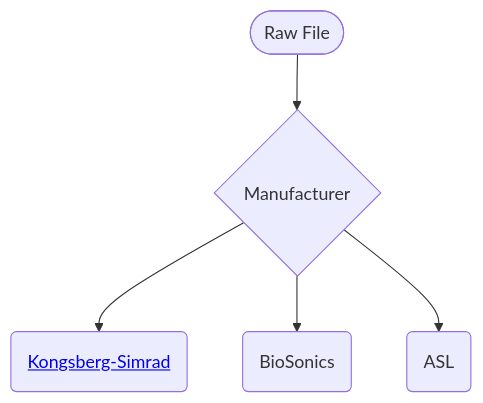
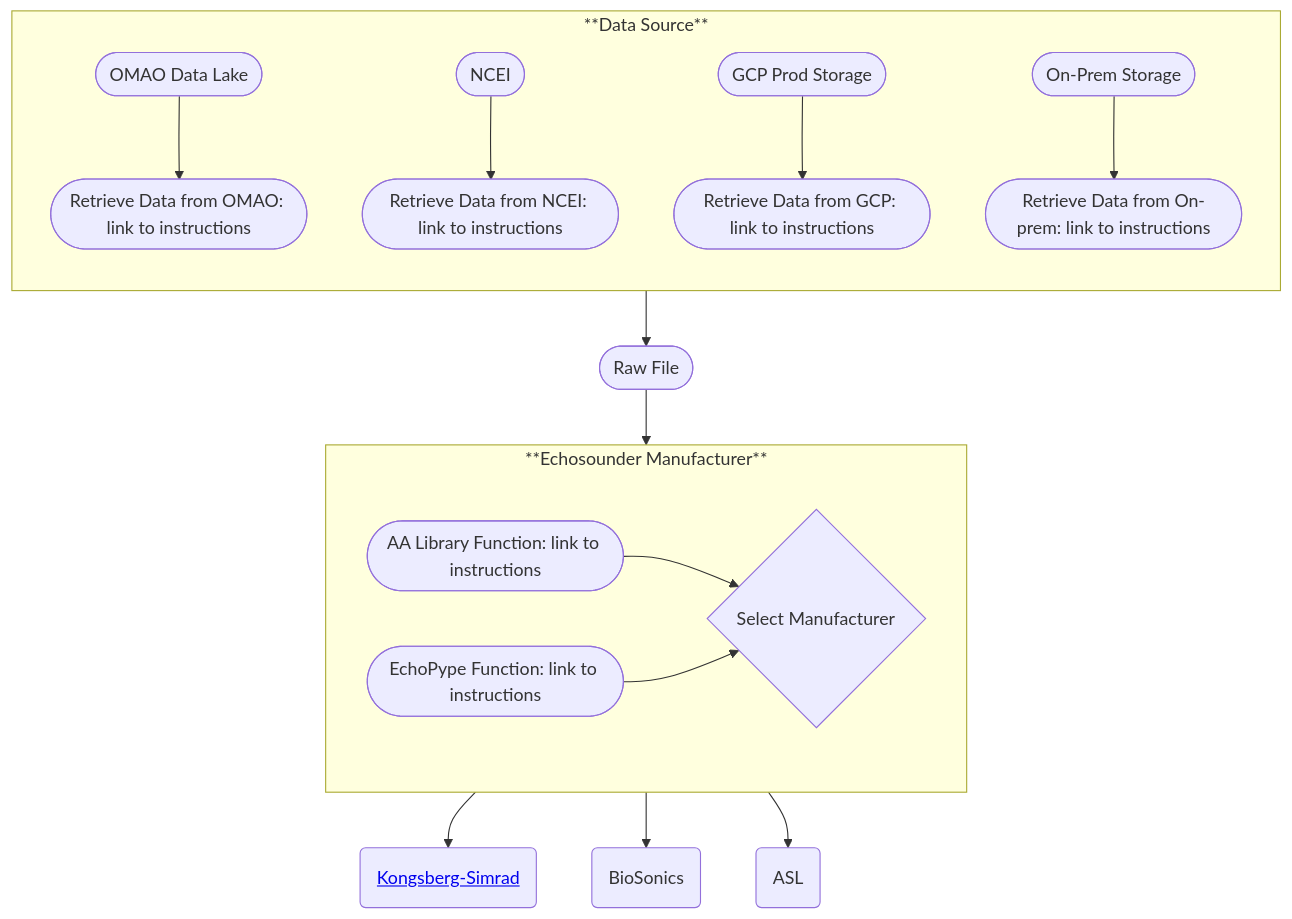
The diagram in README.md (jmjech/schematic_test), drawn with Mermaid before and after one commit. The commit also changed other lines of this file, not shown here.

Commit message:
Change to Level 0 Data
added data source
added echosounder manufacturer

````diff
--- a/README.md
+++ b/README.md
@@ -4,7 +4,20 @@
 ```mermaid
-flowchart TD;
-    idRF@{ shape: stadium, label: "Raw File" }-->idMan@{ shape: diamond, label: "Manufacturer" };
-    idMan-->idKS@{ shape: rounded, label: "<a href='https://github.com/jmjech/schematic_test/blob/main/Kongsberg-Simrad/README.md'>Kongsberg-Simrad</a>" };
-    idMan-->idBS@{ shape: rounded, label: "BioSonics" };
-    idMan-->idASL@{ shape: rounded, label: "ASL" };
+flowchart TB
+    subgraph Source["**Data Source**"]
+        direction TB
+        idSrcOMAO@{shape: stadium, label: "OMAO Data Lake"} --> idOMAO@{ shape: stadium, label: "Retrieve Data from OMAO: link to instructions" }
+        idSrcNCEI@{shape: stadium, label: "NCEI"} --> idNCEI@{ shape: stadium, label: "Retrieve Data from NCEI: link to instructions" }
+        idSrcGCP@{shape: stadium, label: "GCP Prod Storage"} --> idGCP@{ shape: stadium, label: "Retrieve Data from GCP: link to instructions" }
+        idSrcOP@{shape: stadium, label: "On-Prem Storage"} --> idOP@{ shape: stadium, label: "Retrieve Data from On-prem: link to instructions" }
+    end
+    Source --> idRF@{ shape: stadium, label: "Raw File" }
+    subgraph Manufacturer["**Echosounder Manufacturer**"]
+        direction LR
+        idAL1@{shape: stadium, label: "AA Library Function: link to instructions"} --> idMan@{ shape: diamond, label: "Select Manufacturer" }
+        idAL2@{shape: stadium, label: "EchoPype Function: link to instructions"} --> idMan
+    end
+    idRF --> Manufacturer
+    Manufacturer --> idKS@{ shape: rounded, label: "<a href='https://github.com/jmjech/schematic_test/blob/main/Kongsberg-Simrad/README.md'>Kongsberg-Simrad</a>" }
+    Manufacturer --> idBS@{ shape: rounded, label: "BioSonics" }
+    Manufacturer --> idASL@{ shape: rounded, label: "ASL" }
 ```
````
